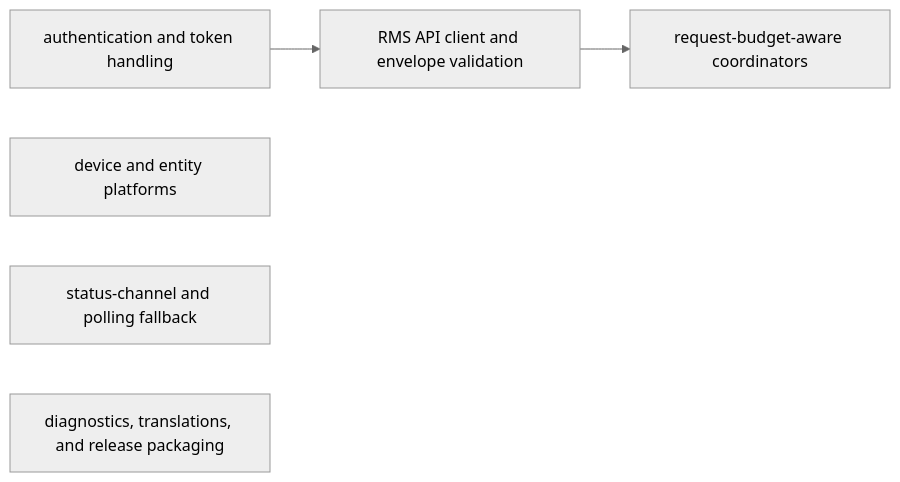
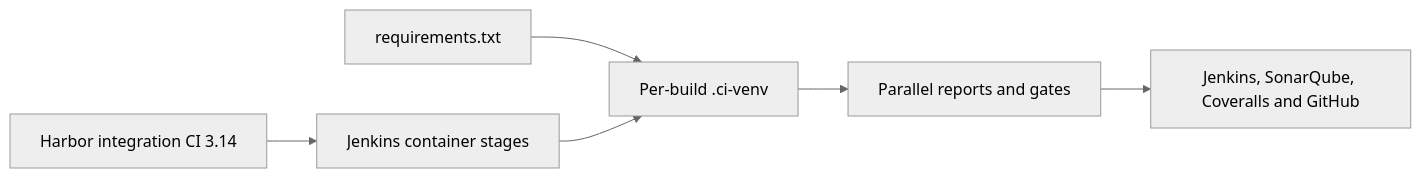
The diagram in docs/architecture/diagrams/containers.md (derliebemarcus/homeassistant_teltonika_rms), drawn with Mermaid (neutral theme) before and after one commit. The commit also changed 6 other files, not shown here.

Commit message:
docs: update CI architecture and operations

````diff
--- a/docs/architecture/diagrams/containers.md
+++ b/docs/architecture/diagrams/containers.md
@@ -3,11 +3,8 @@
 ```mermaid
 flowchart LR
-    Component1["authentication and token handling"]
-    Component2["RMS API client and envelope validation"]
-    Component3["request-budget-aware coordinators"]
-    Component4["device and entity platforms"]
-    Component5["status-channel and polling fallback"]
-    Component6["diagnostics, translations, and release packaging"]
-    Component1 --> Component2
-    Component2 --> Component3
+    Harbor["Harbor integration CI 3.14"] --> Jenkins["Jenkins container stages"]
+    Requirements["requirements.txt"] --> Venv["Per-build .ci-venv"]
+    Jenkins --> Venv
+    Venv --> Reports["Parallel reports and gates"]
+    Reports --> Outputs["Jenkins, SonarQube, Coveralls and GitHub"]
 ```
````
